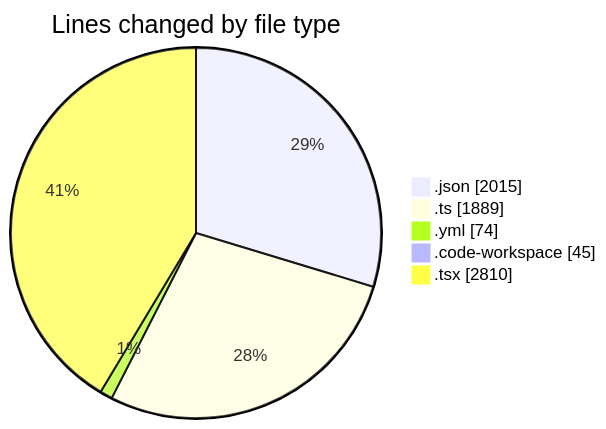
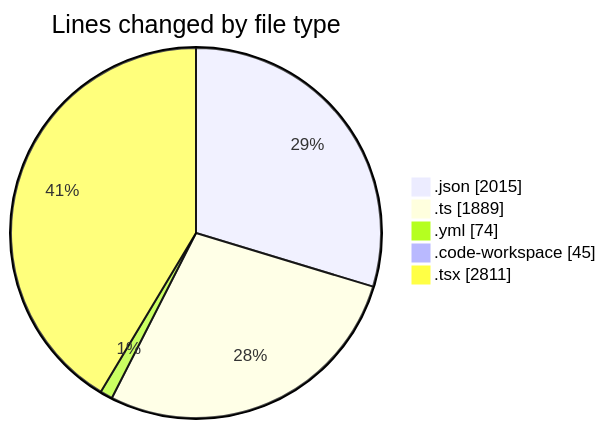
The first of 2 diagrams in 2025-11-25/eventscop-frontend-guide__workspace_/README.md (julien-gomy/code-tracking), drawn with Mermaid before and after one commit. The commit also changed other lines of this file and 1 other file, not shown here.

````diff
--- a/2025-11-25/eventscop-frontend-guide__workspace_/README.md
+++ b/2025-11-25/eventscop-frontend-guide__workspace_/README.md
@@ -45,9 +45,9 @@
 ```mermaid
 pie showData
 title Lines changed by file type
 ".json" : 2015
 ".ts" : 1889
 ".yml" : 74
 ".code-workspace" : 45
-".tsx" : 2810
+".tsx" : 2811
 ```
````
